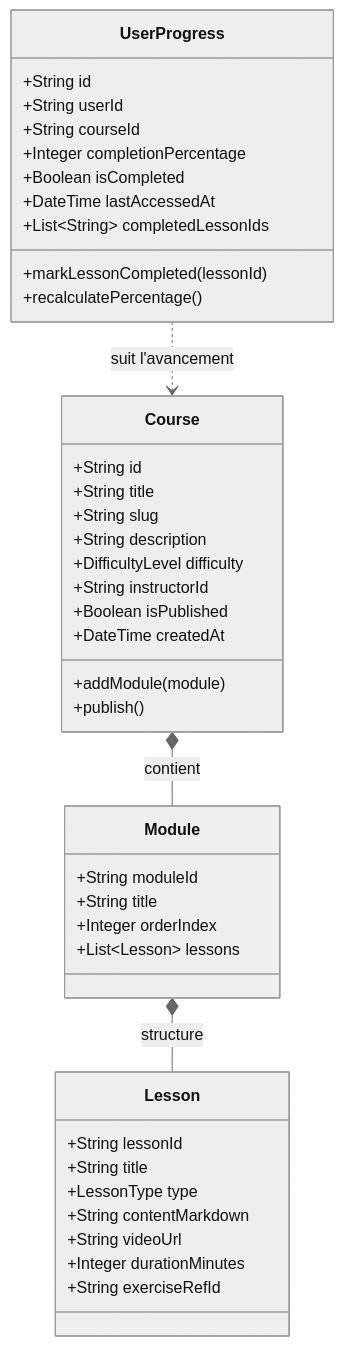
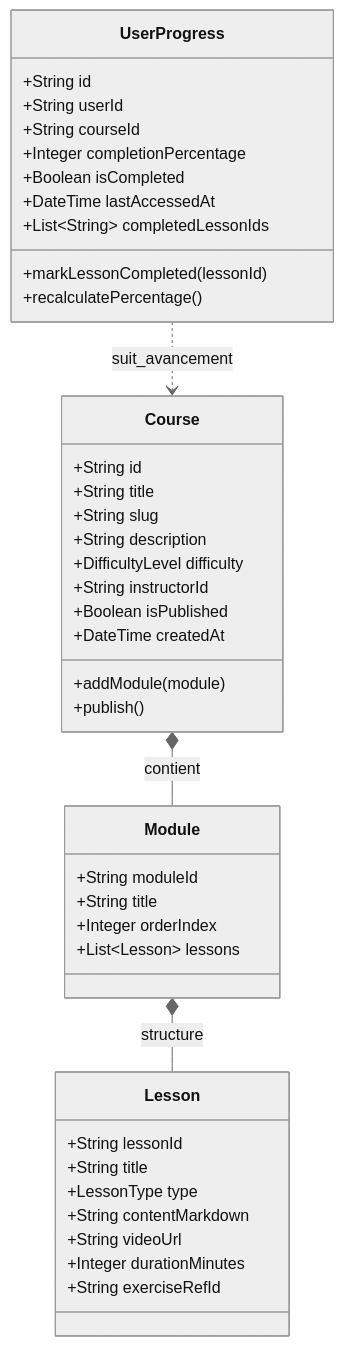
One commit to Architecture-web/projet changed the diagram in Documentation/Diagrams/class_course_service.mmd. Above: the diagram before and after it, drawn with Mermaid (neutral theme). The commit also changed 7 other files, not shown here.

Commit message:
fix(diagrams): normalisation des labels de relations dans tous les diagrammes de classes Mermaid

```diff
--- a/Documentation/Diagrams/class_course_service.mmd
+++ b/Documentation/Diagrams/class_course_service.mmd
@@ -1,46 +1,46 @@
 classDiagram
     class Course {
         +String id
         +String title
         +String slug
         +String description
         +DifficultyLevel difficulty
         +String instructorId
         +Boolean isPublished
         +DateTime createdAt
         +addModule(module)
         +publish()
     }
 
     class Module {
         +String moduleId
         +String title
         +Integer orderIndex
         +List~Lesson~ lessons
     }
 
     class Lesson {
         +String lessonId
         +String title
         +LessonType type
         +String contentMarkdown
         +String videoUrl
         +Integer durationMinutes
         +String exerciseRefId
     }
 
     class UserProgress {
         +String id
         +String userId
         +String courseId
         +Integer completionPercentage
         +Boolean isCompleted
         +DateTime lastAccessedAt
         +List~String~ completedLessonIds
         +markLessonCompleted(lessonId)
         +recalculatePercentage()
     }
 
     Course *-- Module : contient
     Module *-- Lesson : structure
-    UserProgress ..> Course : suit l'avancement
+    UserProgress ..> Course : suit_avancement
```
